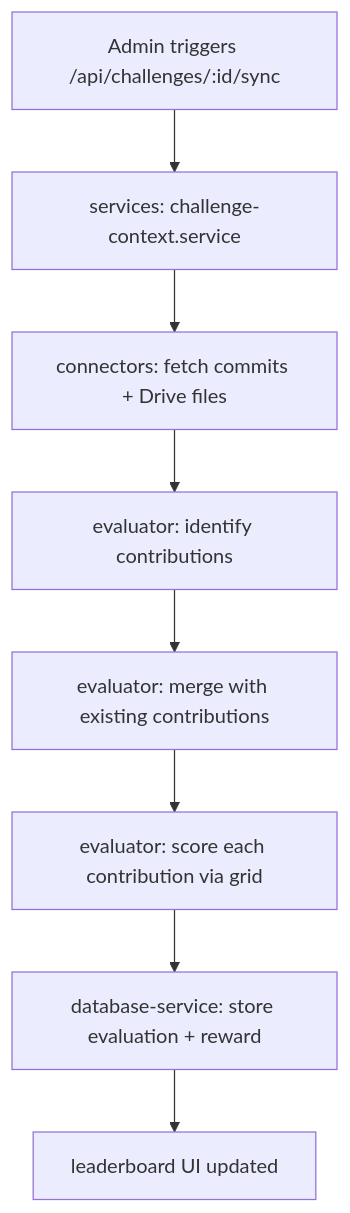
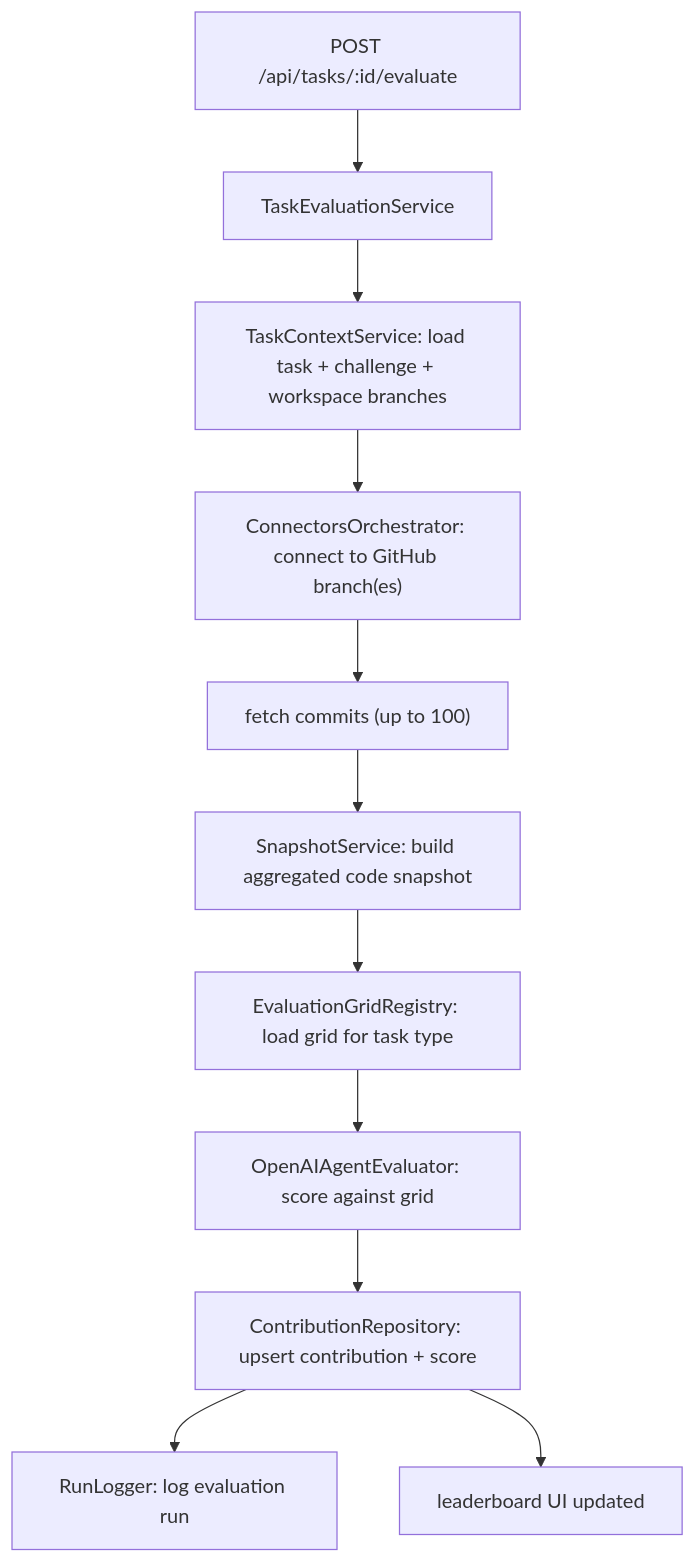
One commit to MyTwin-Lab/leaderboard changed the second of 4 diagrams in docs/architecture.md. Above: the diagram before and after it, drawn with Mermaid. The commit also changed other lines of this file and 13 other files, not shown here.

````diff
--- a/docs/architecture.md
+++ b/docs/architecture.md
@@ -50,10 +50,13 @@
 ```mermaid
 flowchart TD
-  A["Admin triggers /api/challenges/:id/sync"] --> B["services: challenge-context.service"]
-  B --> C["connectors: fetch commits + Drive files"]
-  C --> D["evaluator: identify contributions"]
-  D --> E["evaluator: merge with existing contributions"]
-  E --> F["evaluator: score each contribution via grid"]
-  F --> G["database-service: store evaluation + reward"]
-  G --> H["leaderboard UI updated"]
+  A["POST /api/tasks/:id/evaluate"] --> B["TaskEvaluationService"]
+  B --> C["TaskContextService: load task + challenge + workspace branches"]
+  C --> D["ConnectorsOrchestrator: connect to GitHub branch(es)"]
+  D --> E["fetch commits (up to 100)"]
+  E --> F["SnapshotService: build aggregated code snapshot"]
+  F --> G["EvaluationGridRegistry: load grid for task type"]
+  G --> H["OpenAIAgentEvaluator: score against grid"]
+  H --> I["ContributionRepository: upsert contribution + score"]
+  I --> J["RunLogger: log evaluation run"]
+  I --> K["leaderboard UI updated"]
 ```
````
